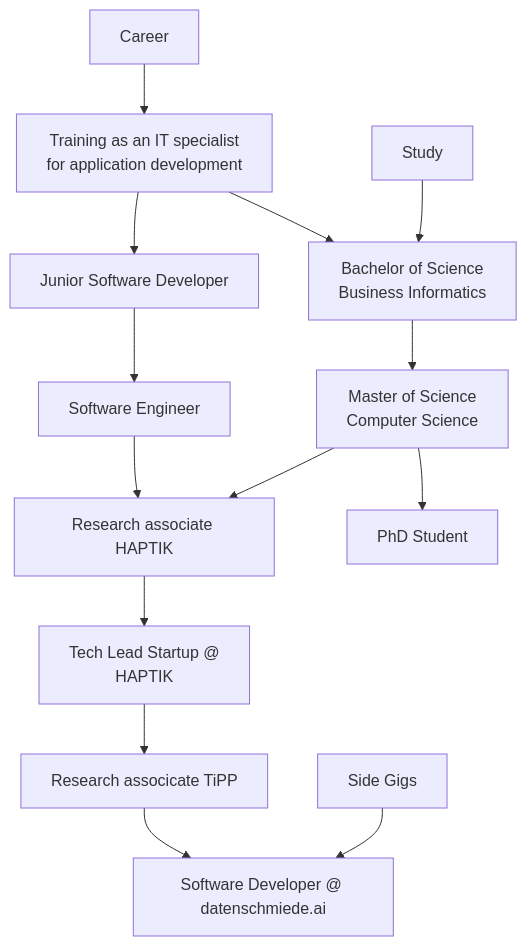
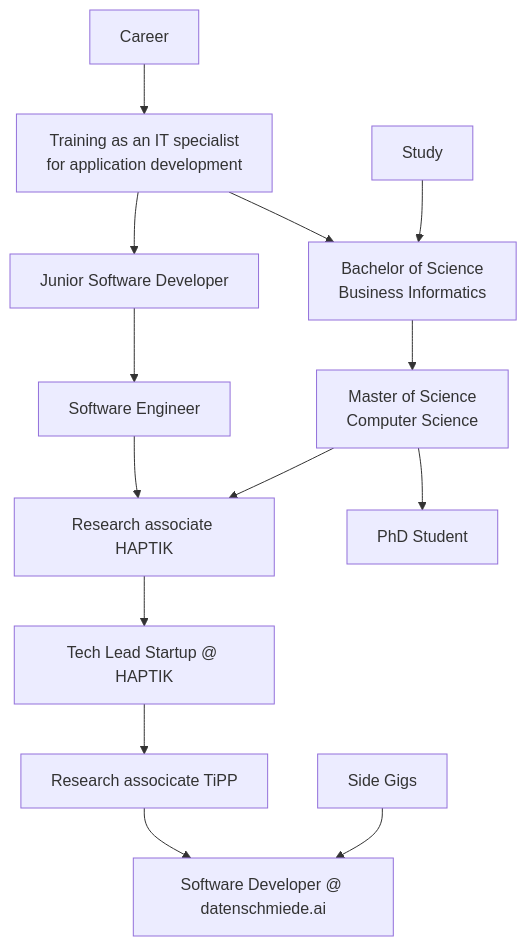
Before and after one commit to haprecht/haprecht.github.io: the diagram in publications.md, drawn with Mermaid.

```diff
--- a/publications.md
+++ b/publications.md
@@ -7,24 +7,23 @@
 <div class="mermaid">
   graph TD;
     AA[Career] --> A1
     A1[Training as an IT specialist 
     for application development]
     A2[Bachelor of Science 
     Business Informatics]
 
     A1 --> B[Junior Software Developer]
     B --> C[Software Engineer]
     C --> D[Research associate HAPTIK]
-    D --> H[Tech Lead Startup @ 
-    HAPTIK]
+    D --> H[Tech Lead Startup @ HAPTIK]
     H --> E[Research associcate TiPP]
     A2 --> B2[Master of Science
     Computer Science]
     B2 --> C2[PhD Student]
     A1 --> A2
     AB[Study] --> A2
     B2 --> D
     E --> A3
     AC[Side Gigs]
     AC --> A3[Software Developer @ datenschmiede.ai]           
 </div>
```
